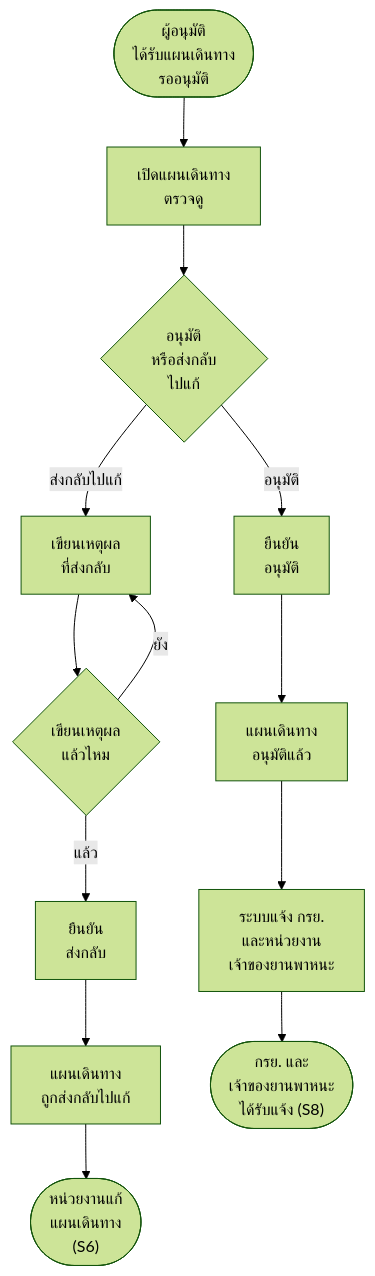
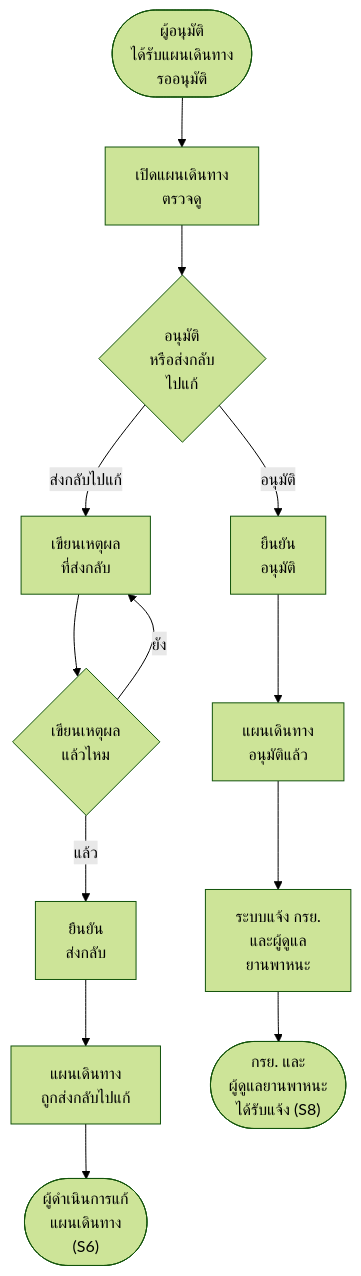
The ninth of 19 diagrams in Diagram/01-บำรุงรักษาตามวาระ/27-บำรุงรักษา-flowchart-กิจกรรม.md (anugmail/Maintenance-Request-Form), drawn with Mermaid (forest theme) before and after one commit. The commit also changed other lines of this file and 21 other files, not shown here.

````diff
--- a/Diagram/01-บำรุงรักษาตามวาระ/27-บำรุงรักษา-flowchart-กิจกรรม.md
+++ b/Diagram/01-บำรุงรักษาตามวาระ/27-บำรุงรักษา-flowchart-กิจกรรม.md
@@ -181,15 +183,15 @@
 ```mermaid
 flowchart TD
     S(["ผู้อนุมัติ<br/>ได้รับแผนเดินทาง<br/>รออนุมัติ"]) --> A1["เปิดแผนเดินทาง<br/>ตรวจดู"]
     A1 --> Q1{"อนุมัติ<br/>หรือส่งกลับ<br/>ไปแก้"}
     Q1 -->|ส่งกลับไปแก้| A2["เขียนเหตุผล<br/>ที่ส่งกลับ"]
     A2 --> Q2{"เขียนเหตุผล<br/>แล้วไหม"}
     Q2 -->|ยัง| A2
     Q2 -->|แล้ว| A3["ยืนยัน<br/>ส่งกลับ"]
     A3 --> A4["แผนเดินทาง<br/>ถูกส่งกลับไปแก้"]
-    A4 --> E1(["หน่วยงานแก้<br/>แผนเดินทาง<br/>(S6)"])
+    A4 --> E1(["ผู้ดำเนินการแก้<br/>แผนเดินทาง<br/>(S6)"])
     Q1 -->|อนุมัติ| A5["ยืนยัน<br/>อนุมัติ"]
     A5 --> A6["แผนเดินทาง<br/>อนุมัติแล้ว"]
-    A6 --> A7["ระบบแจ้ง กรย.<br/>และหน่วยงาน<br/>เจ้าของยานพาหนะ"]
-    A7 --> E2(["กรย. และ<br/>เจ้าของยานพาหนะ<br/>ได้รับแจ้ง (S8)"])
+    A6 --> A7["ระบบแจ้ง กรย.<br/>และผู้ดูแล<br/>ยานพาหนะ"]
+    A7 --> E2(["กรย. และ<br/>ผู้ดูแลยานพาหนะ<br/>ได้รับแจ้ง (S8)"])
 ```
````
